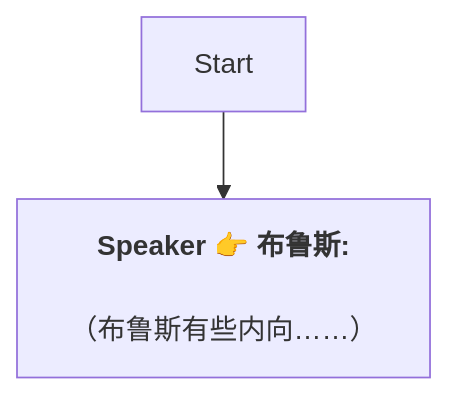
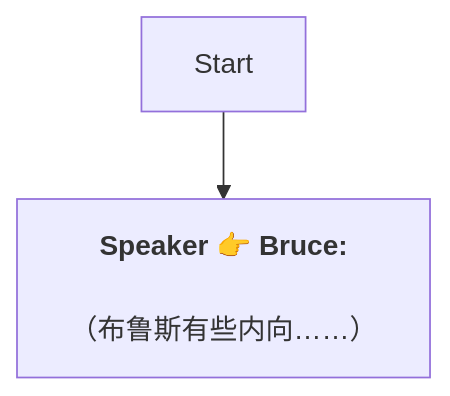
Before and after one commit to SoftHu/tos_avg: the diagram in Zh/Bruce.md, drawn with Mermaid. The commit also changed 737 other files, not shown here.

````diff
--- a/Zh/Bruce.md
+++ b/Zh/Bruce.md
@@ -1,7 +1,6 @@
 ```mermaid
 graph
-Start -->1741632109189381[<b>Speaker 👉 布鲁斯:</b>
+Start -->1741632109189381[<b>Speaker 👉 Bruce:</b>
+\n（布鲁斯有些内向……）]
 
-（布鲁斯有些内向……）]
-
- ```
+```
````
